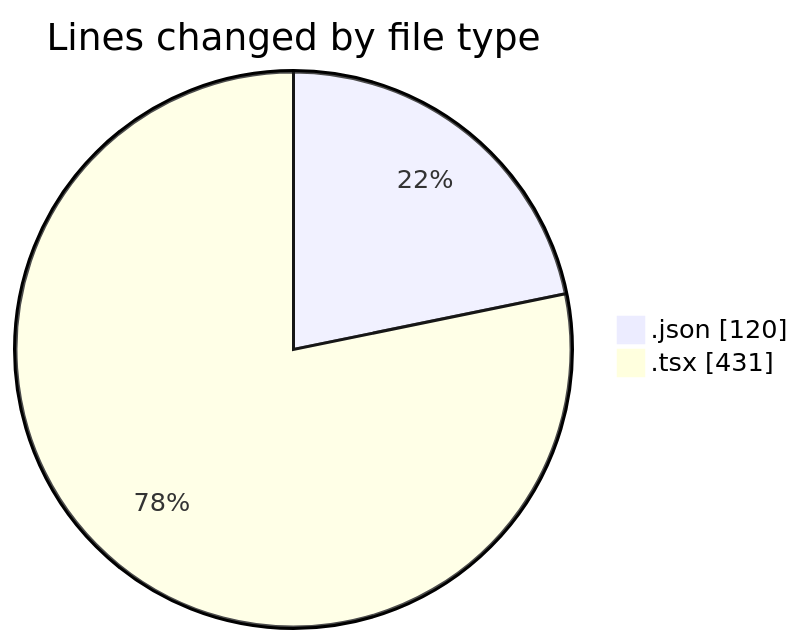
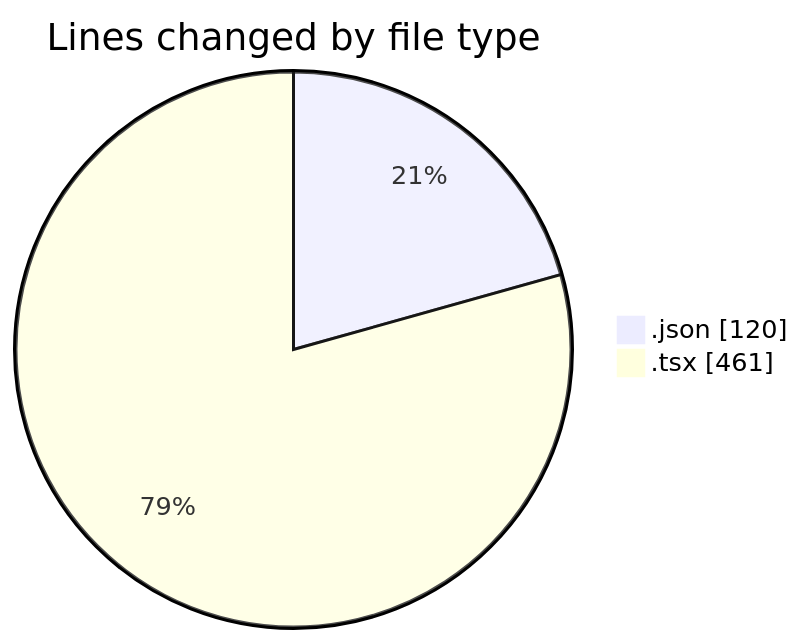
One commit to 3Nya3/code-tracking changed the first of 2 diagrams in 2024-12-31/nyah/README.md. Above: the diagram before and after it, drawn with Mermaid. The commit also changed other lines of this file and 1 other file, not shown here.

````diff
--- a/2024-12-31/nyah/README.md
+++ b/2024-12-31/nyah/README.md
@@ -21,6 +21,6 @@
 ```mermaid
 pie showData
 title Lines changed by file type
 ".json" : 120
-".tsx" : 431
+".tsx" : 461
 ```
````
